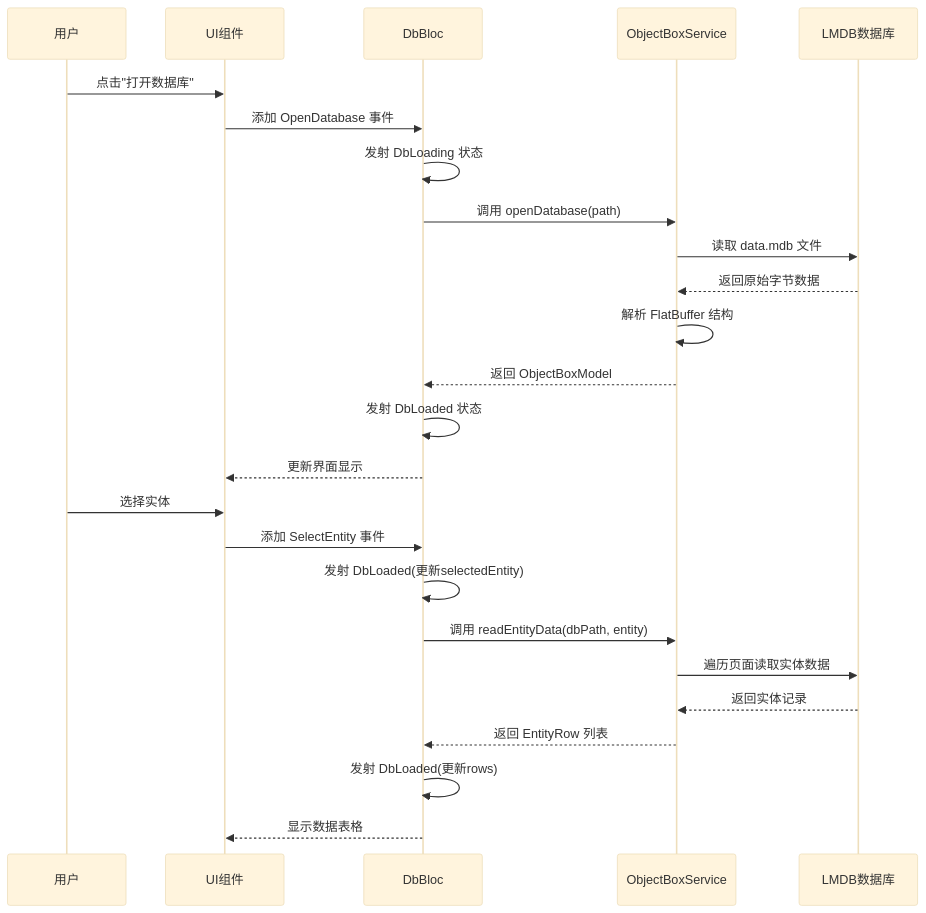
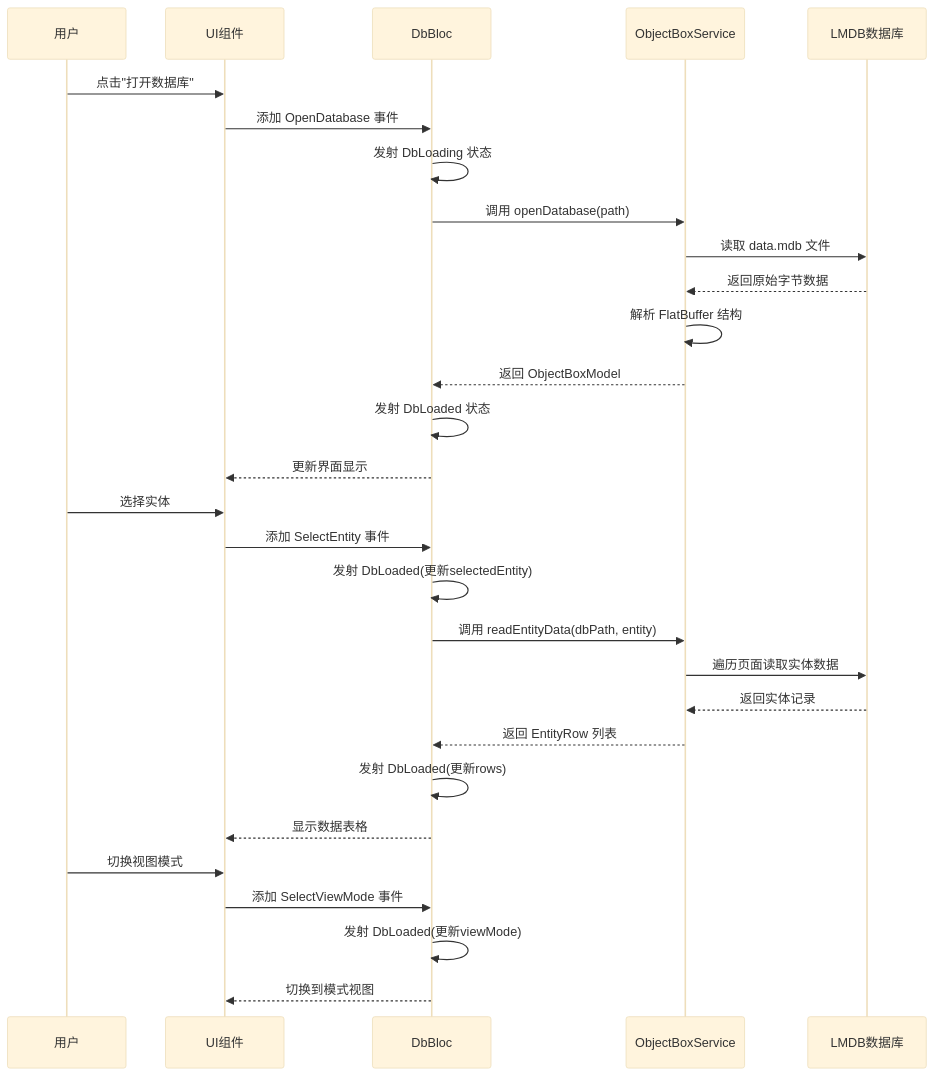
One commit to kongpf8848/objectbox_viewer changed the fifth of 15 diagrams in .qoder/repowiki/zh/content/架构设计/状态管理设计.md. Above: the diagram before and after it, drawn with Mermaid (base theme). The commit also changed other lines of this file and 9 other files, not shown here.

````diff
--- a/.qoder/repowiki/zh/content/架构设计/状态管理设计.md
+++ b/.qoder/repowiki/zh/content/架构设计/状态管理设计.md
@@ -179,27 +213,31 @@
 ```mermaid
 sequenceDiagram
 participant User as 用户
 participant UI as UI组件
 participant Bloc as DbBloc
 participant Service as ObjectBoxService
 participant DB as LMDB数据库
 User->>UI : 点击"打开数据库"
 UI->>Bloc : 添加 OpenDatabase 事件
 Bloc->>Bloc : 发射 DbLoading 状态
 Bloc->>Service : 调用 openDatabase(path)
 Service->>DB : 读取 data.mdb 文件
 DB-->>Service : 返回原始字节数据
 Service->>Service : 解析 FlatBuffer 结构
 Service-->>Bloc : 返回 ObjectBoxModel
 Bloc->>Bloc : 发射 DbLoaded 状态
 Bloc-->>UI : 更新界面显示
 User->>UI : 选择实体
 UI->>Bloc : 添加 SelectEntity 事件
 Bloc->>Bloc : 发射 DbLoaded(更新selectedEntity)
 Bloc->>Service : 调用 readEntityData(dbPath, entity)
 Service->>DB : 遍历页面读取实体数据
 DB-->>Service : 返回实体记录
 Service-->>Bloc : 返回 EntityRow 列表
 Bloc->>Bloc : 发射 DbLoaded(更新rows)
 Bloc-->>UI : 显示数据表格
+User->>UI : 切换视图模式
+UI->>Bloc : 添加 SelectViewMode 事件
+Bloc->>Bloc : 发射 DbLoaded(更新viewMode)
+Bloc-->>UI : 切换到模式视图
 ```
````
